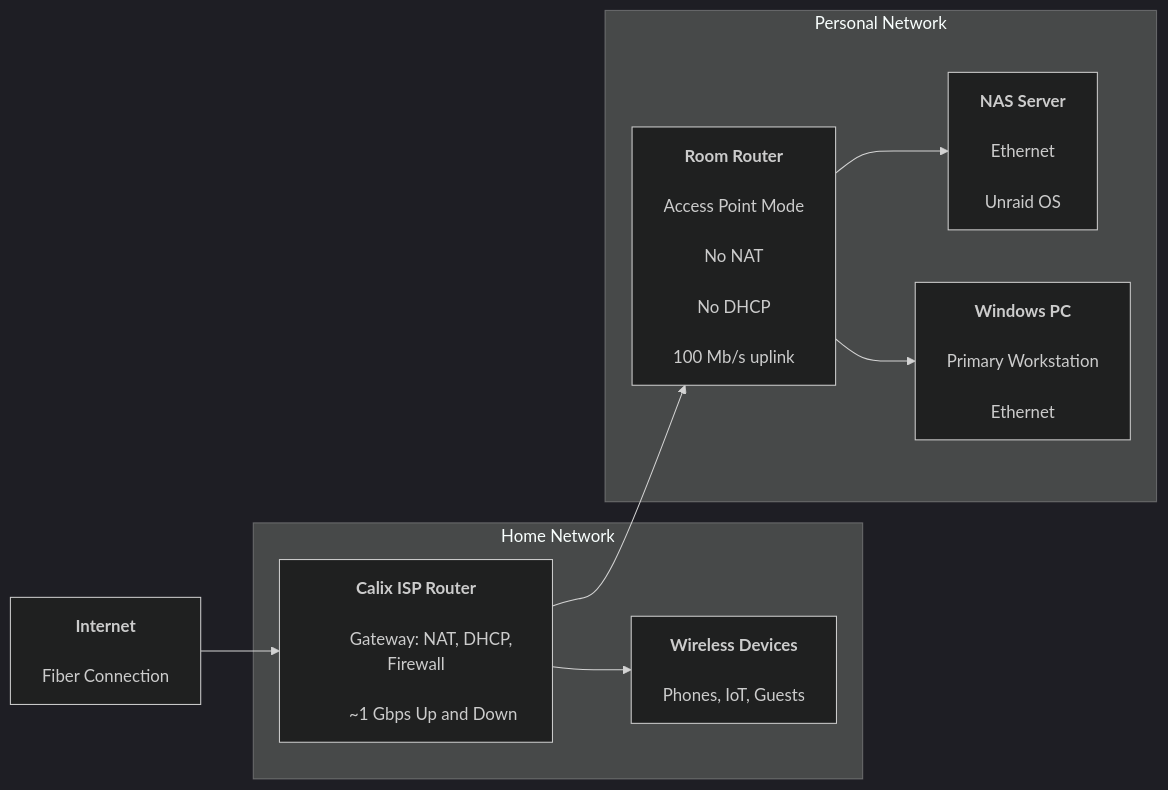
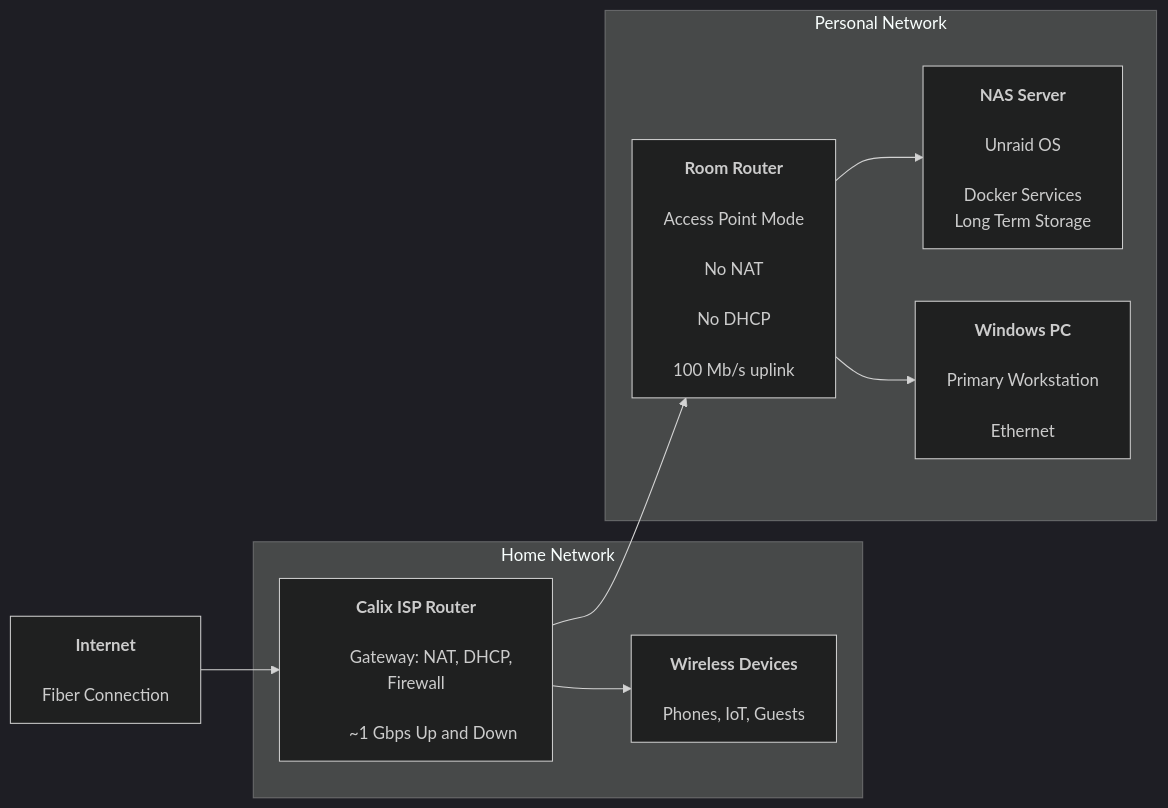
The diagram in docs/overview-network.md (Grantm14/personal-nas), drawn with Mermaid (dark theme) before and after one commit.

````diff
--- a/docs/overview-network.md
+++ b/docs/overview-network.md
@@ -1,54 +1,56 @@
 ```mermaid
 flowchart LR
     %% Internet
     Internet[
     <b>Internet</b><br/>
     Fiber Connection
     ]
 
     %% Home / ISP Network
     subgraph ISP["Home Network"]
         Calix[
         <b>Calix ISP Router</b><br/>
         Gateway: NAT, DHCP, Firewall<br/>
         ~1 Gbps Up and Down
         ]
 
         Wireless[
         <b>Wireless Devices</b><br/>
         Phones, IoT, Guests
         ]
     end
 
     %% Personal Network
     subgraph Personal["Personal Network"]
         RoomRouter[
         <b>Room Router</b><br/>
         Access Point Mode<br/>
         No NAT<br/>
         No DHCP<br/>
         100 Mb/s uplink
         ]
 
         NAS[
         <b>NAS Server</b><br/>
-        Ethernet<br/>
-        Unraid OS
+        Unraid OS<br/>
+        Docker Services
+        Long Term Storage
+        
         ]
 
         PC[
         <b>Windows PC</b><br/>
         Primary Workstation<br/>
         Ethernet
         ]
     end
 
     %% Connections
     Internet --> Calix
     Calix --> RoomRouter
     Calix --> Wireless
     RoomRouter --> NAS
     RoomRouter --> PC
 click NAS "nas-structure.md"
 
 ```
````
